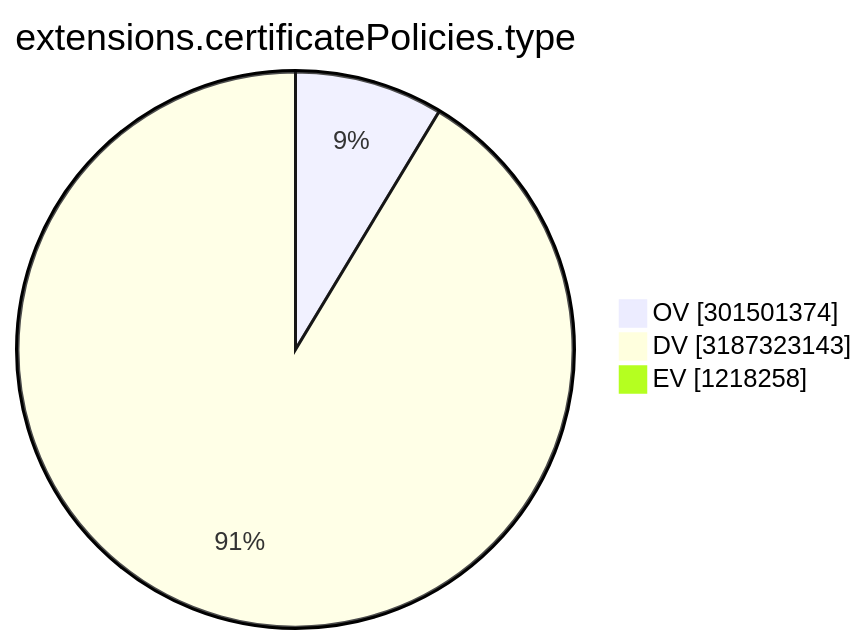
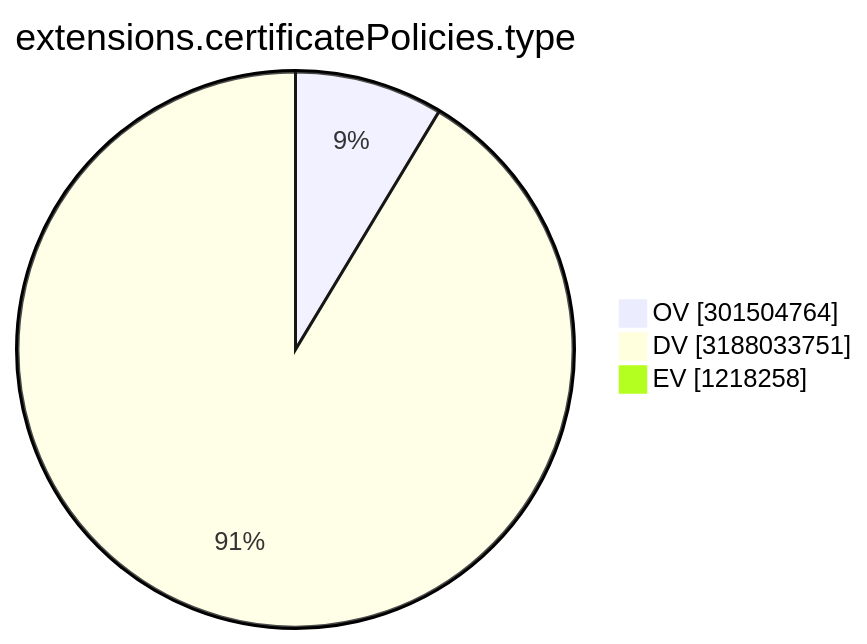
Before and after one commit to christiankrug/ctmonitor_visualization: the ninth of 15 diagrams in TOTAL/README.md, drawn with Mermaid. The commit also changed other lines of this file, not shown here.

````diff
--- a/TOTAL/README.md
+++ b/TOTAL/README.md
@@ -3106,7 +3106,7 @@
 ```mermaid
 pie showData
 title extensions.certificatePolicies.type
-"OV" :301501374
-"DV" :3187323143
+"OV" :301504764
+"DV" :3188033751
 "EV" :1218258
 ```
````
